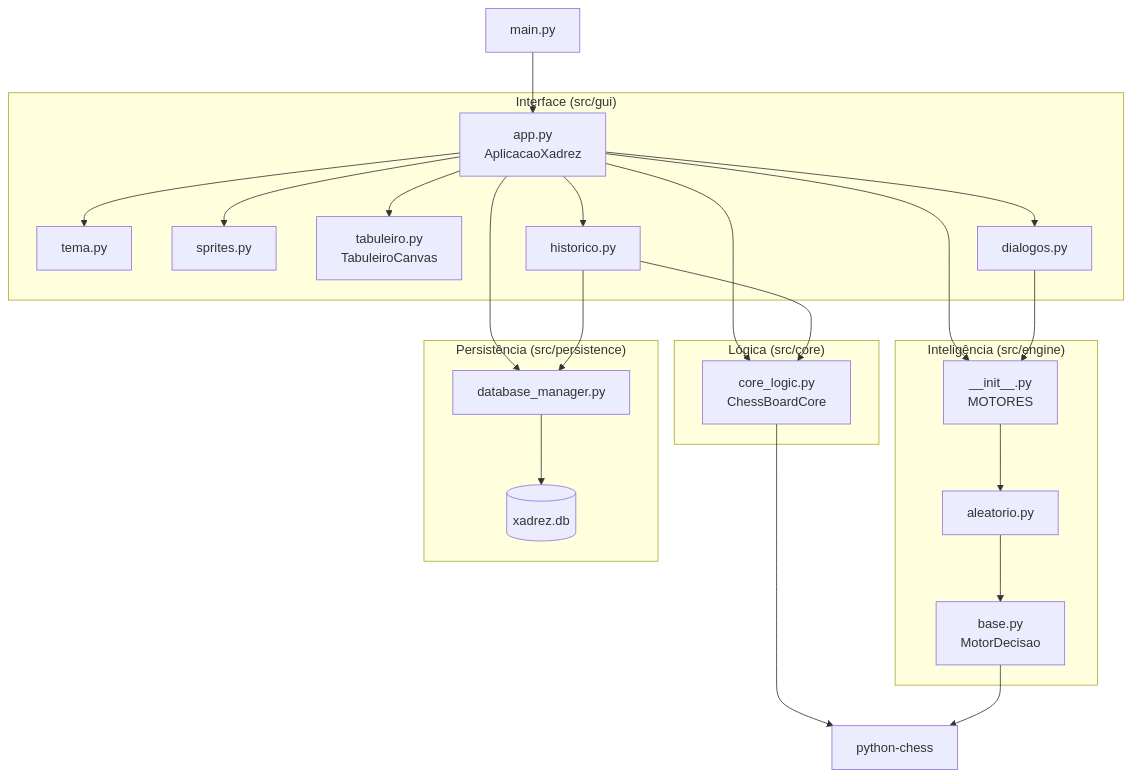
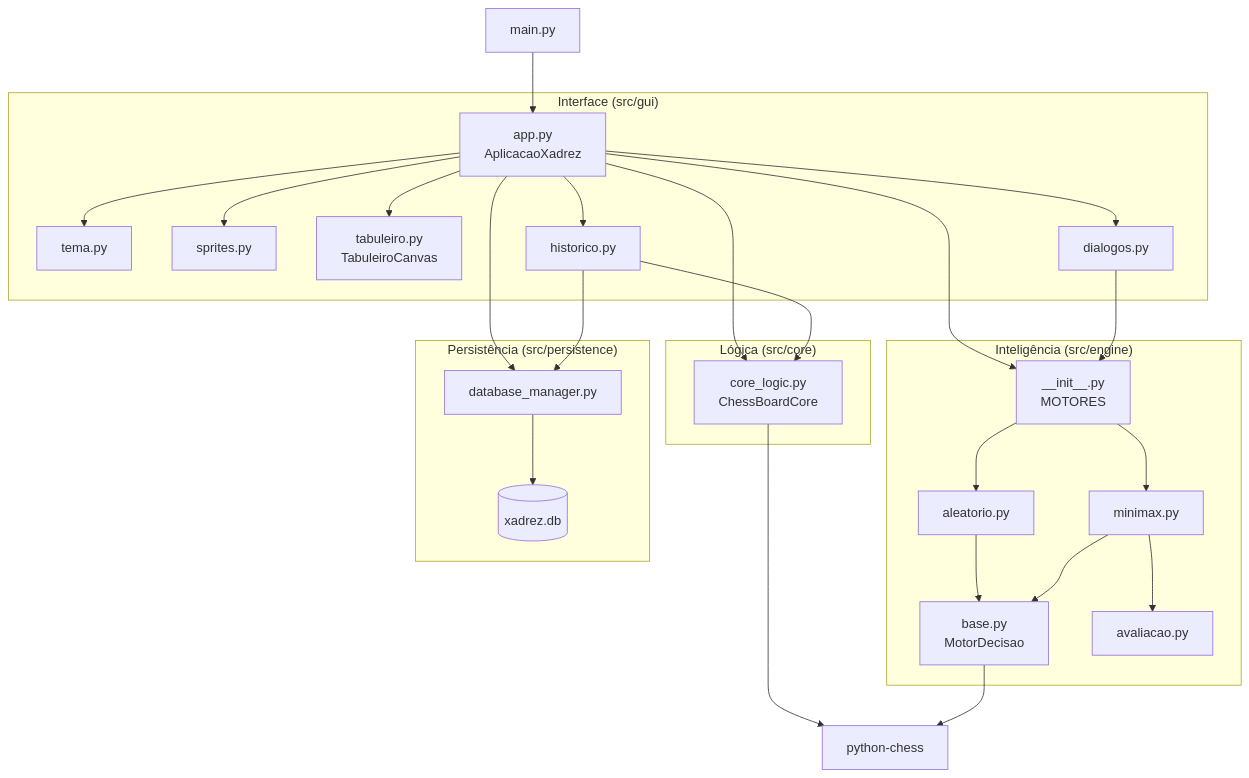
One commit to Haru00863/IA_Xadrez changed the first of 2 diagrams in docs/ARQUITETURA.md. Above: the diagram before and after it, drawn with Mermaid. The commit also changed other lines of this file and 8 other files, not shown here.

````diff
--- a/docs/ARQUITETURA.md
+++ b/docs/ARQUITETURA.md
@@ -73,40 +78,44 @@
 ```mermaid
 flowchart TD
     main["main.py"] --> app
 
     subgraph gui["Interface (src/gui)"]
         app["app.py<br/>AplicacaoXadrez"]
         tema["tema.py"]
         spr["sprites.py"]
         tab["tabuleiro.py<br/>TabuleiroCanvas"]
         hist["historico.py"]
         dlg["dialogos.py"]
     end
 
     subgraph core["Lógica (src/core)"]
         cl["core_logic.py<br/>ChessBoardCore"]
     end
 
     subgraph engine["Inteligência (src/engine)"]
         reg["__init__.py<br/>MOTORES"]
         base["base.py<br/>MotorDecisao"]
         ale["aleatorio.py"]
+        mm["minimax.py"]
+        av["avaliacao.py"]
     end
 
     subgraph pers["Persistência (src/persistence)"]
         db["database_manager.py"]
         sql[("xadrez.db")]
     end
 
     app --> tema & spr & tab & hist & dlg
     app --> cl
     app --> reg
     app --> db
     hist --> cl
     hist --> db
     dlg --> reg
     reg --> ale --> base
+    reg --> mm --> base
+    mm --> av
     db --> sql
     cl --> chess["python-chess"]
     base --> chess
 ```
````
